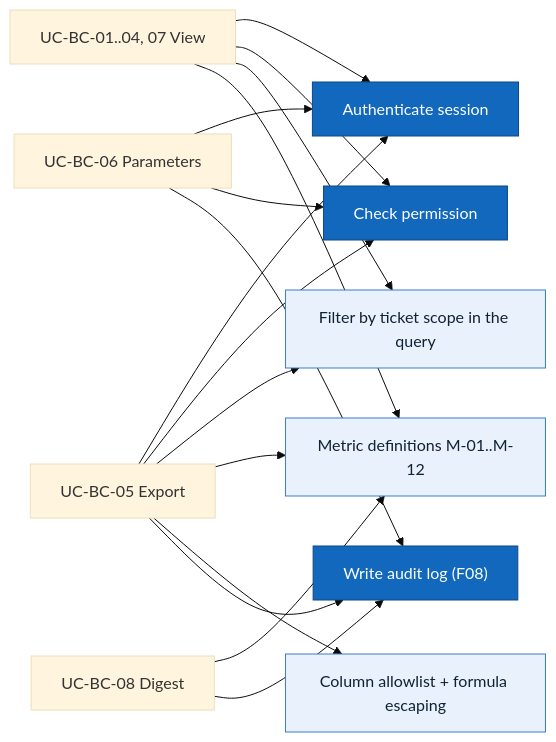
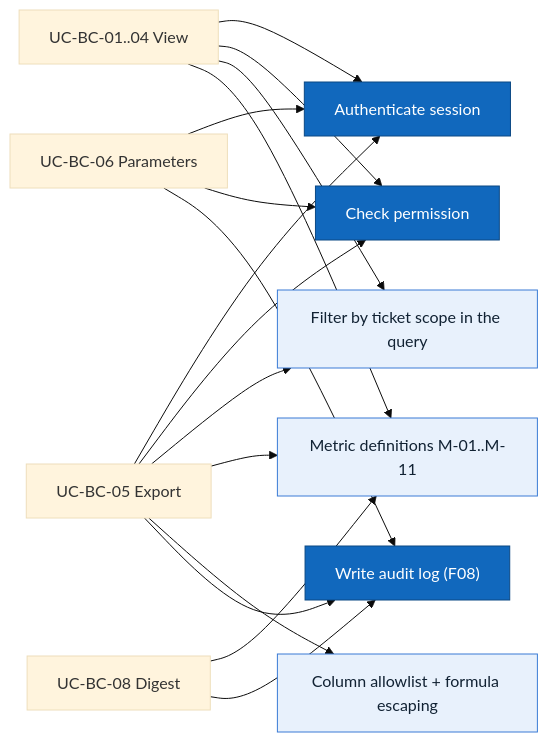
The second of 2 diagrams in docs/f07-reports-analytics/02-use-cases.md (Akaza-ban/Fable), drawn with Mermaid (base theme) before and after one commit. The commit also changed other lines of this file and 14 other files, not shown here.

````diff
--- a/docs/f07-reports-analytics/02-use-cases.md
+++ b/docs/f07-reports-analytics/02-use-cases.md
@@ -148,17 +145,17 @@
 ```mermaid
 flowchart LR
     auth["Authenticate session"]:::shared
     authorize["Check permission"]:::shared
     scope["Filter by ticket scope in the query"]:::rule
-    defs["Metric definitions M-01..M-12"]:::rule
+    defs["Metric definitions M-01..M-11"]:::rule
     audit["Write audit log (F08)"]:::shared
     allow["Column allowlist + formula escaping"]:::rule
 
-    viewUc["UC-BC-01..04, 07 View"] --> auth & authorize & scope & defs
+    viewUc["UC-BC-01..04 View"] --> auth & authorize & scope & defs
     exportUc["UC-BC-05 Export"] --> auth & authorize & scope & defs & allow & audit
     configUc["UC-BC-06 Parameters"] --> auth & authorize & audit
     digestUc["UC-BC-08 Digest"] --> defs & audit
 
     classDef shared fill:#1168bd,color:#fff,stroke:#0b4884
     classDef rule fill:#e8f1fc,color:#123,stroke:#3a7bd5
 ```
````
